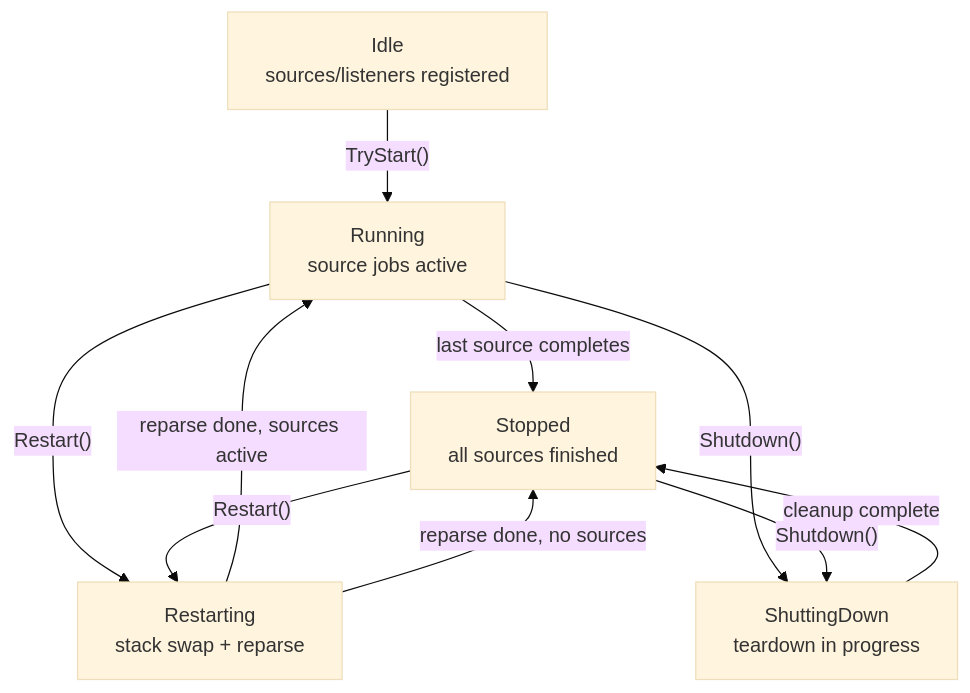
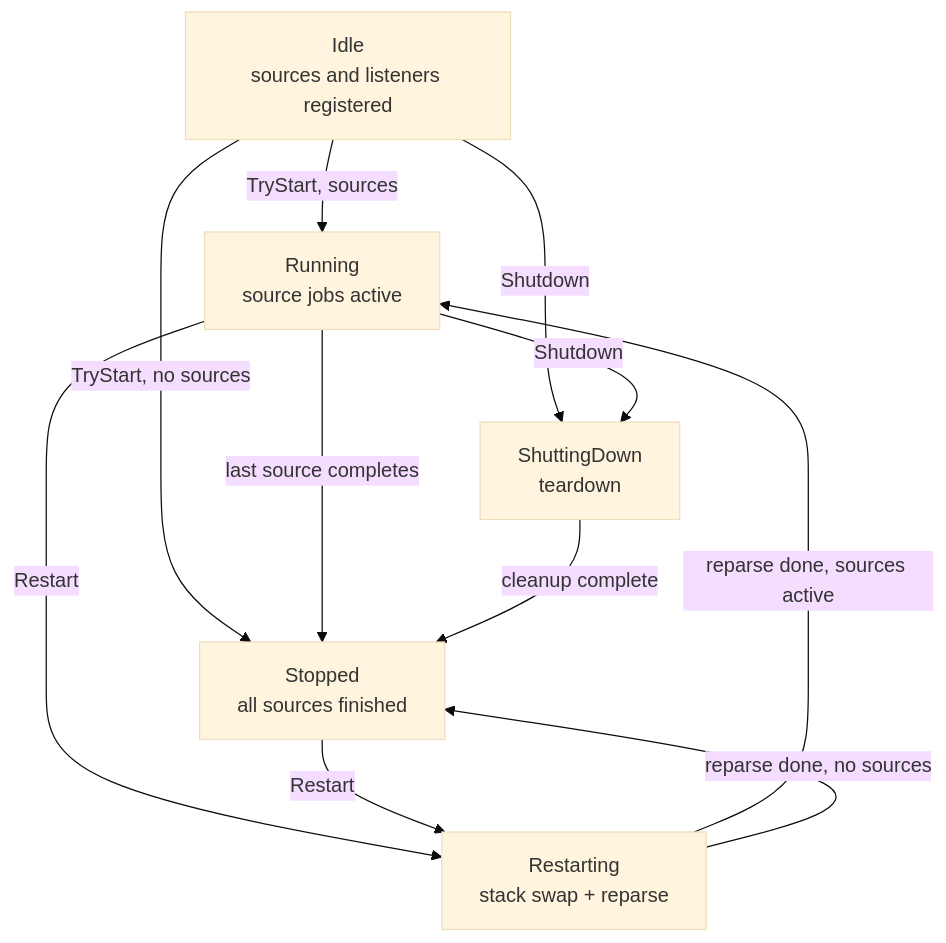
Before and after one commit to DevAM-Tools/NetworkInspector: the diagram in NetworkInspector.Sessions/README.md, drawn with Mermaid (base theme). The commit also changed other lines of this file and 96 other files, not shown here.

````diff
--- a/NetworkInspector.Sessions/README.md
+++ b/NetworkInspector.Sessions/README.md
@@ -20,17 +117,18 @@
 ```mermaid
 graph TD
-    Idle["Idle<br/>sources/listeners registered"]
+    Idle["Idle<br/>sources and listeners registered"]
     Running["Running<br/>source jobs active"]
     Restarting["Restarting<br/>stack swap + reparse"]
     Stopped["Stopped<br/>all sources finished"]
-    ShuttingDown["ShuttingDown<br/>teardown in progress"]
-    Idle -->|"TryStart()"| Running
+    ShuttingDown["ShuttingDown<br/>teardown"]
+    Idle -->|"TryStart, sources"| Running
+    Idle -->|"TryStart, no sources"| Stopped
     Running -->|"last source completes"| Stopped
-    Running -->|"Restart()"| Restarting
-    Stopped -->|"Restart()"| Restarting
+    Running -->|"Restart"| Restarting
+    Stopped -->|"Restart"| Restarting
     Restarting -->|"reparse done, sources active"| Running
     Restarting -->|"reparse done, no sources"| Stopped
-    Running -->|"Shutdown()"| ShuttingDown
-    Stopped -->|"Shutdown()"| ShuttingDown
+    Idle -->|"Shutdown"| ShuttingDown
+    Running -->|"Shutdown"| ShuttingDown
     ShuttingDown -->|"cleanup complete"| Stopped
 ```
````
